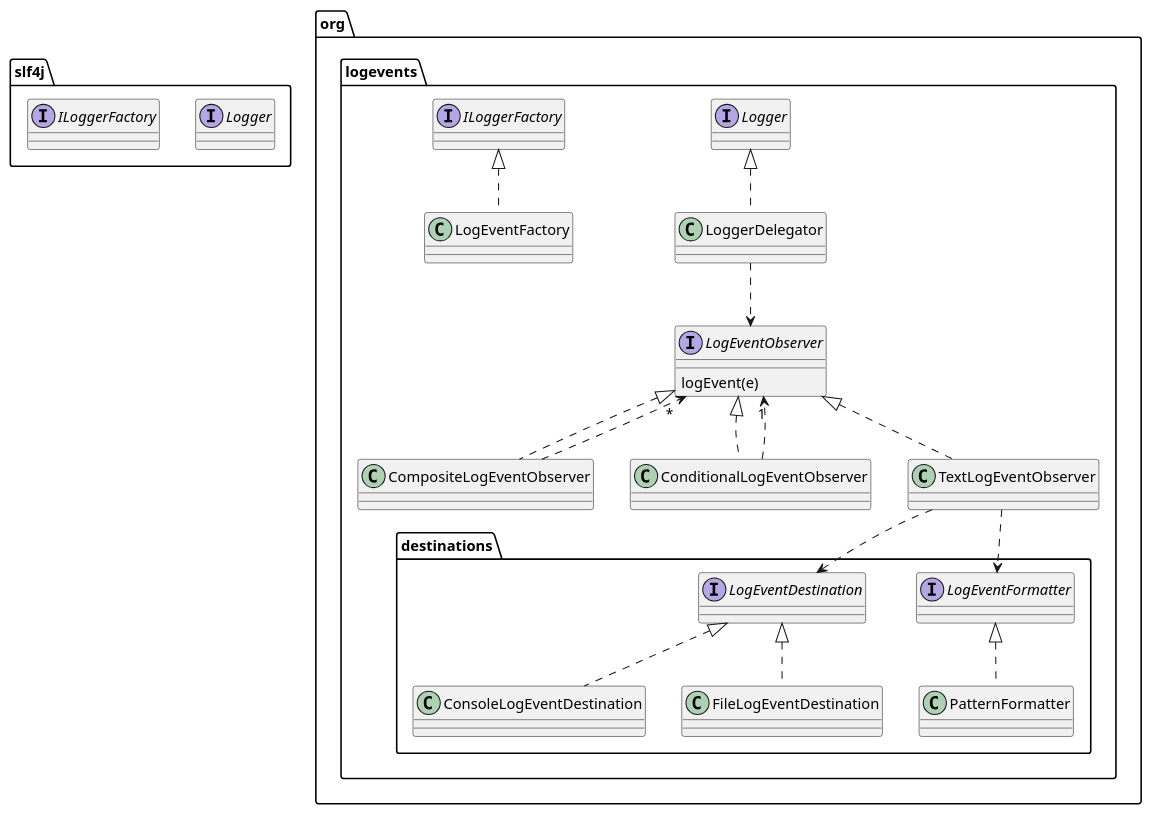
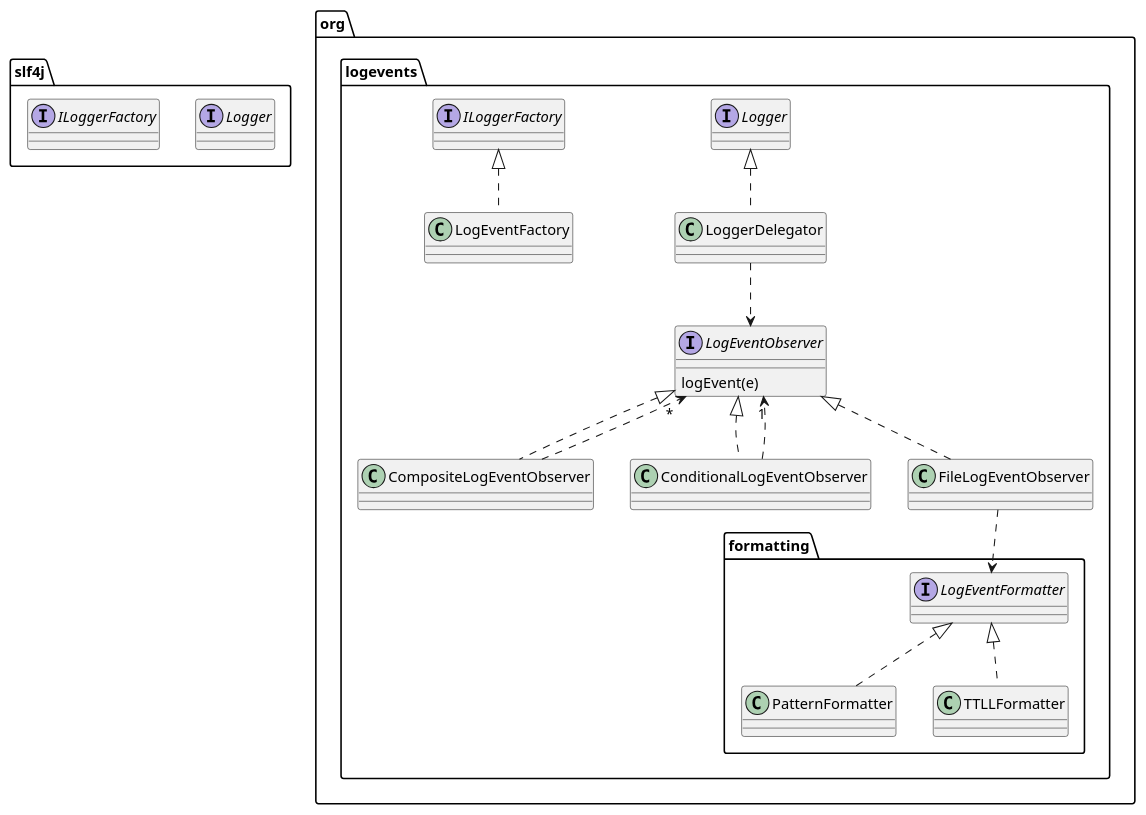
The diagram in doc/classes-simple.puml (jhannes/logevents), drawn with PlantUML before and after one commit. The commit also changed 20 other files, not shown here.

```diff
--- a/doc/classes-simple.puml
+++ b/doc/classes-simple.puml
@@ -1,40 +1,35 @@
 @startuml
 
 package "slf4j" {
   interface Logger
   interface ILoggerFactory
 }
 
 package "org.logevents" {
 
 	class LoggerDelegator implements Logger
 	
 	class LogEventFactory implements ILoggerFactory
 		
 	interface LogEventObserver {
 	  logEvent(e)
 	}
 	LoggerDelegator ..> LogEventObserver
 	
 	class CompositeLogEventObserver implements LogEventObserver
 	class ConditionalLogEventObserver implements LogEventObserver
-	class TextLogEventObserver implements LogEventObserver
+	class FileLogEventObserver implements LogEventObserver
 	CompositeLogEventObserver ..> "*" LogEventObserver
 	ConditionalLogEventObserver ..> "1" LogEventObserver
 	
 	
-	package "destinations" {
+	package "formatting" {
 		interface LogEventFormatter
-		TextLogEventObserver ..> LogEventFormatter
+		FileLogEventObserver ..> LogEventFormatter
 		class PatternFormatter implements LogEventFormatter
-		
-		interface LogEventDestination
-		TextLogEventObserver ..> LogEventDestination
-
-		class ConsoleLogEventDestination implements LogEventDestination
-		class FileLogEventDestination implements LogEventDestination
+        class TTLLFormatter implements LogEventFormatter
 	}
 	
 }
 	
 @enduml
```
